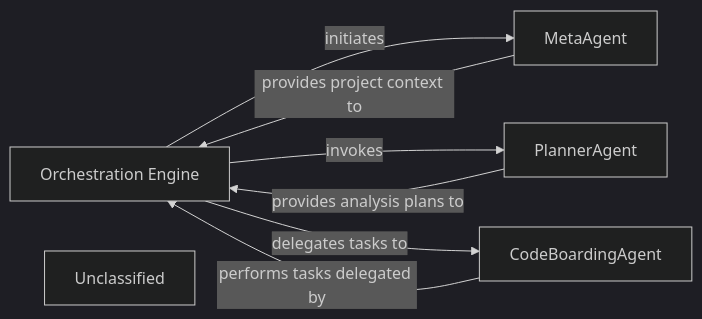
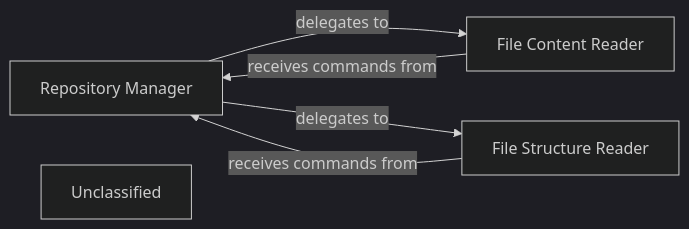
The fifth of 7 diagrams in docs/development/architecture.md (CodeBoarding/CodeBoarding), drawn with Mermaid (dark theme) before and after one commit. The commit also changed other lines of this file and 19 other files, not shown here.

First line of the commit message:
docs: update codeboarding documentation and generate architecture

````diff
--- a/docs/development/architecture.md
+++ b/docs/development/architecture.md
@@ -211,15 +289,12 @@
 ```mermaid
 graph LR
-    Orchestration_Engine["Orchestration Engine"]
-    MetaAgent["MetaAgent"]
-    PlannerAgent["PlannerAgent"]
-    CodeBoardingAgent["CodeBoardingAgent"]
+    Repository_Manager["Repository Manager"]
+    File_Content_Reader["File Content Reader"]
+    File_Structure_Reader["File Structure Reader"]
     Unclassified["Unclassified"]
-    Orchestration_Engine -- "initiates" --> MetaAgent
-    Orchestration_Engine -- "invokes" --> PlannerAgent
-    Orchestration_Engine -- "delegates tasks to" --> CodeBoardingAgent
-    MetaAgent -- "provides project context to" --> Orchestration_Engine
-    PlannerAgent -- "provides analysis plans to" --> Orchestration_Engine
-    CodeBoardingAgent -- "performs tasks delegated by" --> Orchestration_Engine
-    click Orchestration_Engine href "https://github.com/CodeBoarding/CodeBoarding/blob/main/.codeboarding/Orchestration_Engine.md" "Details"
+    Repository_Manager -- "delegates to" --> File_Content_Reader
+    Repository_Manager -- "delegates to" --> File_Structure_Reader
+    File_Content_Reader -- "receives commands from" --> Repository_Manager
+    File_Structure_Reader -- "receives commands from" --> Repository_Manager
+    click Repository_Manager href "https://github.com/CodeBoarding/CodeBoarding/blob/main/.codeboarding/Repository_Manager.md" "Details"
 ```
````
